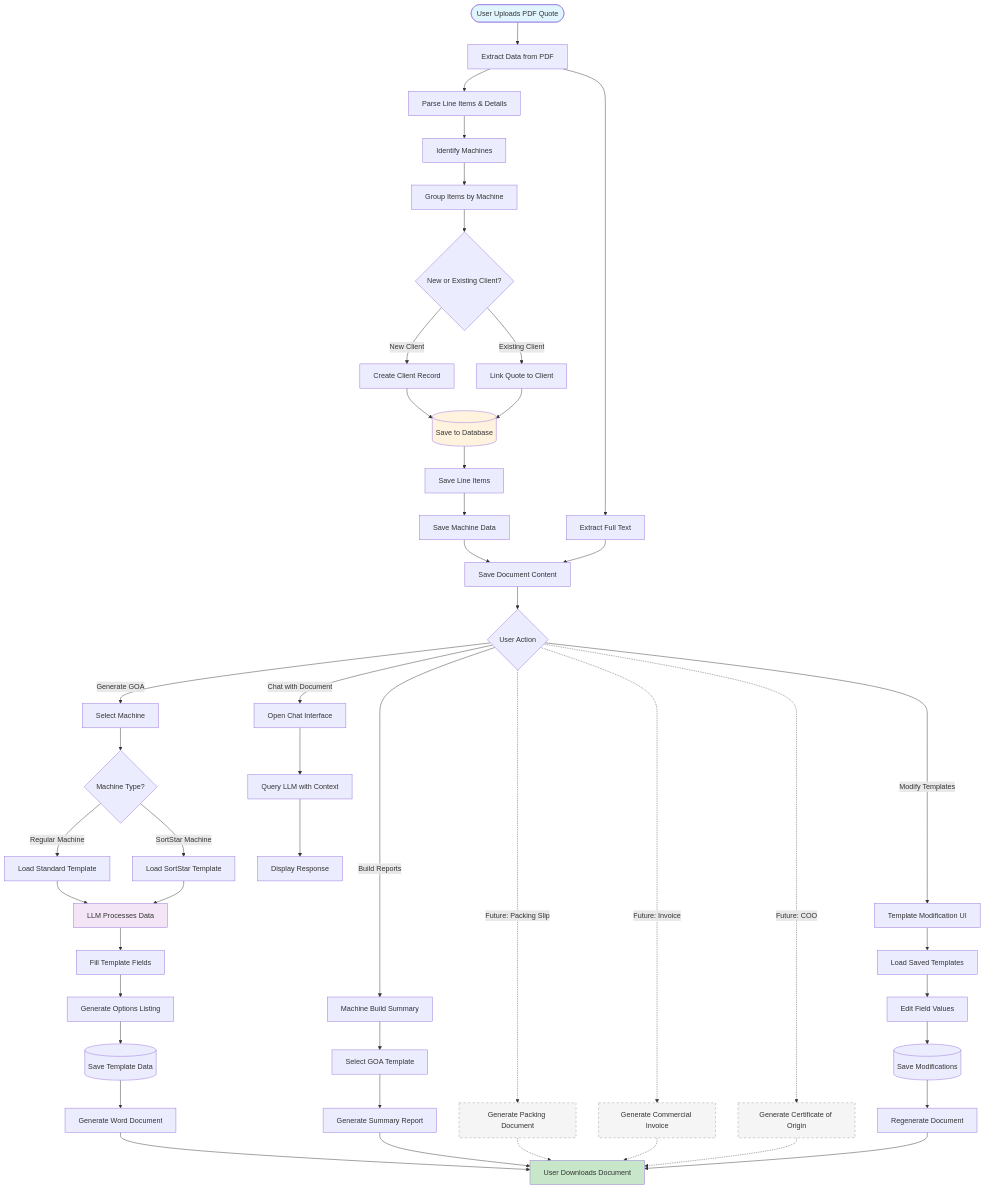
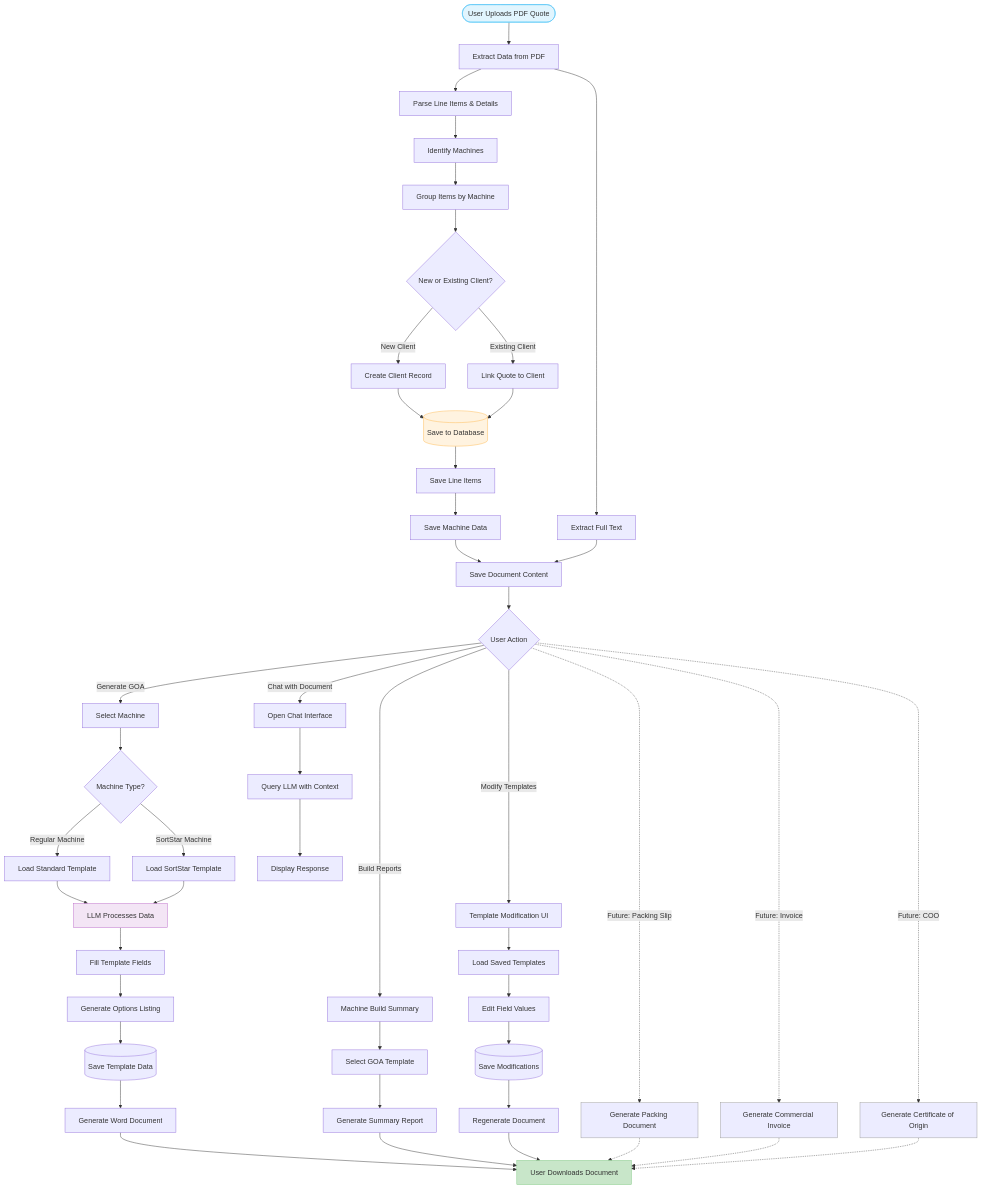
Before and after one commit to brunocgirard/Automating-GOA: the diagram in README.md, drawn with Mermaid. The commit also changed other lines of this file and 1 other file, not shown here.

````diff
--- a/README.md
+++ b/README.md
@@ -26,73 +15,75 @@
 ```mermaid
-graph TB
+flowchart TB
     Start([User Uploads PDF Quote]) --> Extract[Extract Data from PDF]
-    
+
     Extract --> ParseItems[Parse Line Items & Details]
     Extract --> ExtractText[Extract Full Text]
-    
+
     ParseItems --> IdentifyMachines[Identify Machines]
     IdentifyMachines --> GroupItems[Group Items by Machine]
-    
+
     GroupItems --> CreateClient{New or Existing Client?}
-    
+
     CreateClient -->|New Client| SaveNewClient[Create Client Record]
     CreateClient -->|Existing Client| LinkQuote[Link Quote to Client]
-    
+
     SaveNewClient --> SaveToDB[(Save to Database)]
     LinkQuote --> SaveToDB
-    
+
     SaveToDB --> SaveItems[Save Line Items]
     SaveItems --> SaveMachines[Save Machine Data]
     SaveMachines --> SaveDoc[Save Document Content]
     ExtractText --> SaveDoc
-    
+
     SaveDoc --> UserChoice{User Action}
-    
+
     UserChoice -->|Generate GOA| SelectMachine[Select Machine]
     UserChoice -->|Build Reports| BuildReports[Machine Build Summary]
     UserChoice -->|Chat with Document| ChatInterface[Open Chat Interface]
     UserChoice -->|Modify Templates| ModifyUI[Template Modification UI]
-    
+
+    %% Future items (dotted connectors)
     UserChoice -.->|Future: Packing Slip| GenPacking[Generate Packing Document]
     UserChoice -.->|Future: Invoice| GenInvoice[Generate Commercial Invoice]
     UserChoice -.->|Future: COO| GenCOO[Generate Certificate of Origin]
-    
+
     SelectMachine --> DetectType{Machine Type?}
     DetectType -->|Regular Machine| LoadTemplate1[Load Standard Template]
     DetectType -->|SortStar Machine| LoadTemplate2[Load SortStar Template]
-    
+
     LoadTemplate1 --> LLMProcess[LLM Processes Data]
     LoadTemplate2 --> LLMProcess
-    
+
     LLMProcess --> FillTemplate[Fill Template Fields]
     FillTemplate --> GenerateOptions[Generate Options Listing]
     GenerateOptions --> SaveTemplate[(Save Template Data)]
-    
+
     SaveTemplate --> GenerateDoc[Generate Word Document]
     GenerateDoc --> Download[User Downloads Document]
-    
+
     BuildReports --> SelectTemplate[Select GOA Template]
     SelectTemplate --> GenerateSummary[Generate Summary Report]
     GenerateSummary --> Download
-    
+
     ModifyUI --> LoadSaved[Load Saved Templates]
     LoadSaved --> EditFields[Edit Field Values]
     EditFields --> SaveMods[(Save Modifications)]
     SaveMods --> RegenerateDoc[Regenerate Document]
-    
+    RegenerateDoc --> Download
+
     ChatInterface --> QueryLLM[Query LLM with Context]
     QueryLLM --> ShowResponse[Display Response]
-    
+
     GenPacking -.-> Download
     GenInvoice -.-> Download
     GenCOO -.-> Download
-    RegenerateDoc --> Download
-    
-    style Start fill:#e1f5fe
-    style SaveToDB fill:#fff3e0
-    style Download fill:#c8e6c9
-    style LLMProcess fill:#f3e5f5
-    style GenPacking fill:#f5f5f5,stroke:#999,stroke-dasharray: 5 5
-    style GenInvoice fill:#f5f5f5,stroke:#999,stroke-dasharray: 5 5
-    style GenCOO fill:#f5f5f5,stroke:#999,stroke-dasharray: 5 5
+
+    %% Styles (keep them conservative for mermaid.live)
+    style Start fill:#e1f5fe,stroke:#4FC3F7
+    style SaveToDB fill:#fff3e0,stroke:#FFB74D
+    style Download fill:#c8e6c9,stroke:#81C784
+    style LLMProcess fill:#f3e5f5,stroke:#BA68C8
+    %% If dashed borders are needed, use a class:
+    classDef future stroke:#999,stroke-width:1px;
+    class GenPacking,GenInvoice,GenCOO future;
 ```
````
